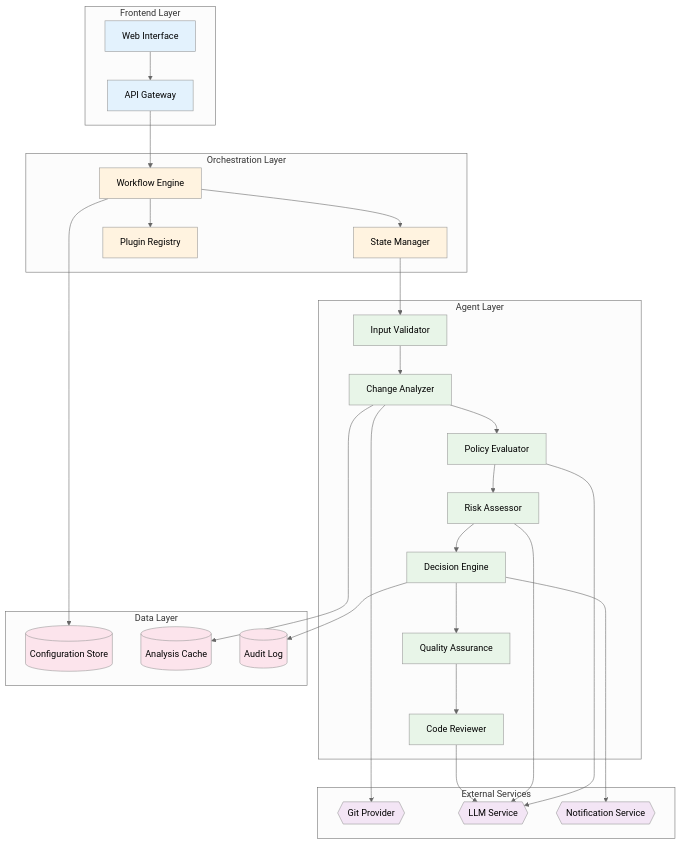
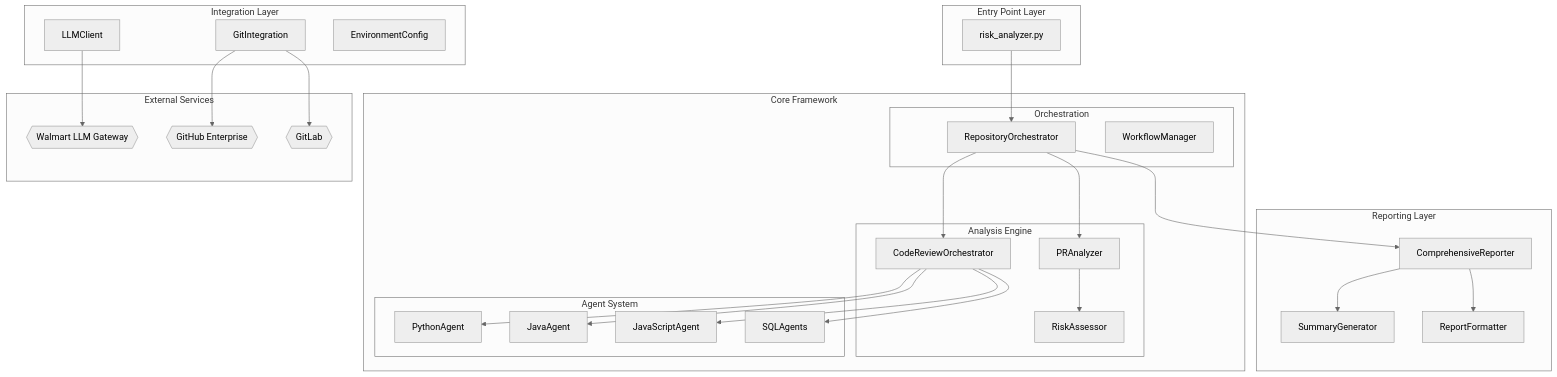
Before and after one commit to nmansur0ct/ReleaseRiskAnalyserAgent: the first of 19 diagrams in docs/ARCHITECTURE.md, drawn with Mermaid (neutral theme). The commit also changed other lines of this file and 45 other files, not shown here.

````diff
--- a/docs/ARCHITECTURE.md
+++ b/docs/ARCHITECTURE.md
@@ -19,77 +60,59 @@
 ```mermaid
 flowchart TD
-    subgraph "Frontend Layer"
-        WUI[Web Interface]
-        API[API Gateway]
+    subgraph "Entry Point Layer"
+        MAIN[risk_analyzer.py]
     end
     
-    subgraph "Orchestration Layer"
-        WFE[Workflow Engine]
-        SM[State Manager]
-        PR[Plugin Registry]
+    subgraph "Core Framework"
+        subgraph "Orchestration"
+            RO[RepositoryOrchestrator]
+            WM[WorkflowManager]
+        end
+        
+        subgraph "Analysis Engine"
+            CRO[CodeReviewOrchestrator]
+            PRA[PRAnalyzer] 
+            RA[RiskAssessor]
+        end
+        
+        subgraph "Agent System"
+            PY[PythonAgent]
+            JAVA[JavaAgent]
+            JS[JavaScriptAgent]
+            SQL[SQLAgents]
+        end
     end
     
-    subgraph "Agent Layer"
-        IV[Input Validator]
-        CA[Change Analyzer]
-        PE[Policy Evaluator]
-        RA[Risk Assessor]
-        DE[Decision Engine]
-        QA[Quality Assurance]
-        CR[Code Reviewer]
+    subgraph "Integration Layer"
+        LLM[LLMClient]
+        GIT[GitIntegration]
+        ENV[EnvironmentConfig]
     end
     
-    subgraph "Data Layer"
-        CS[(Configuration Store)]
-        AC[(Analysis Cache)]
-        AL[(Audit Log)]
+    subgraph "Reporting Layer"
+        CR[ComprehensiveReporter]
+        SG[SummaryGenerator]
+        RF[ReportFormatter]
     end
     
     subgraph "External Services"
-        GP{{Git Provider}}
-        LLM{{LLM Service}}
-        NS{{Notification Service}}
+        WLLM{{Walmart LLM Gateway}}
+        GH{{GitHub Enterprise}}
+        GL{{GitLab}}
     end
-    
-    %% Frontend connections
-    WUI --> API
-    API --> WFE
-    
-    %% Orchestration connections
-    WFE --> SM
-    WFE --> PR
-    
-    %% Agent workflow connections
-    SM --> IV
-    IV --> CA
-    CA --> PE
-    PE --> RA
-    RA --> DE
-    DE --> QA
-    QA --> CR
-    
-    %% Data layer connections
-    WFE --> CS
-    CA --> AC
-    DE --> AL
-    
-    %% External service connections
-    CA --> GP
-    PE --> LLM
-    RA --> LLM
-    DE --> NS
-    CR --> LLM
-    
-    %% Styling
-    classDef frontend fill:#e3f2fd
-    classDef orchestration fill:#fff3e0
-    classDef agent fill:#e8f5e8
-    classDef data fill:#fce4ec
-    classDef external fill:#f3e5f5
-    
-    class WUI,API frontend
-    class WFE,SM,PR orchestration
-    class IV,CA,PE,RA,DE,QA,CR agent
-    class CS,AC,AL data
-    class GP,LLM,NS external
+
+    MAIN --> RO
+    RO --> CRO
+    RO --> PRA
+    CRO --> PY
+    CRO --> JAVA
+    CRO --> JS
+    CRO --> SQL
+    PRA --> RA
+    RO --> CR
+    CR --> SG
+    CR --> RF
+    LLM --> WLLM
+    GIT --> GH
+    GIT --> GL
 ```
````
